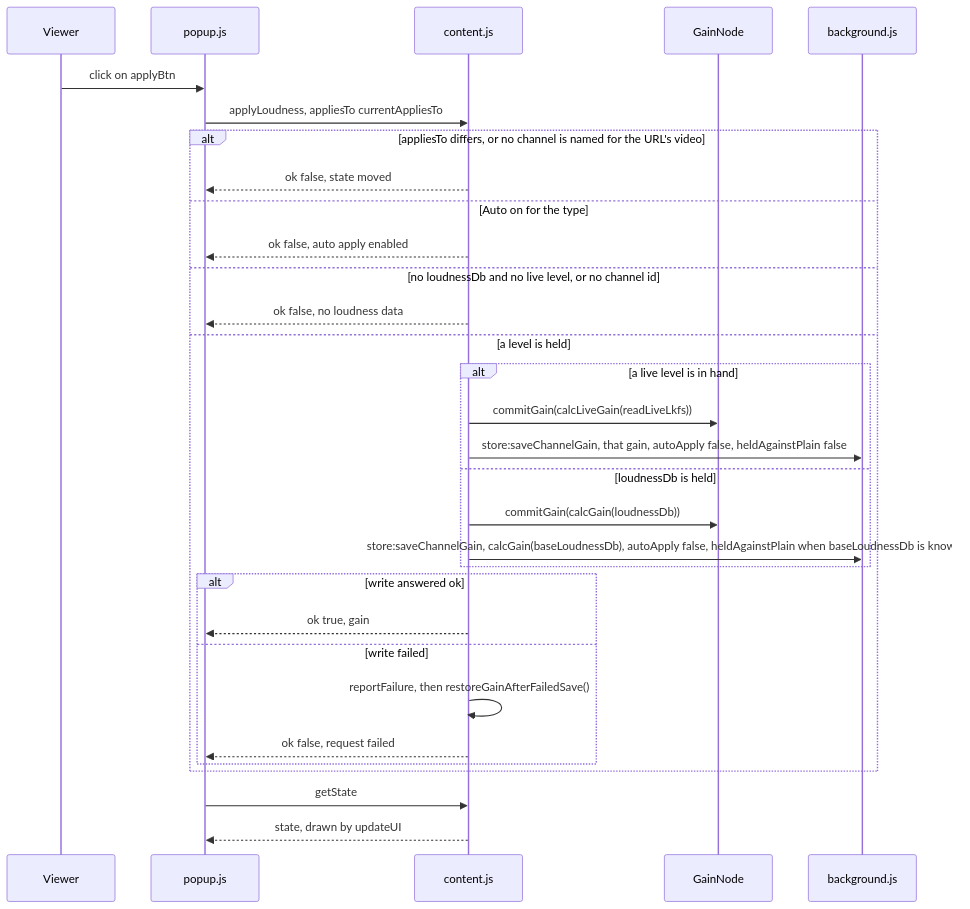
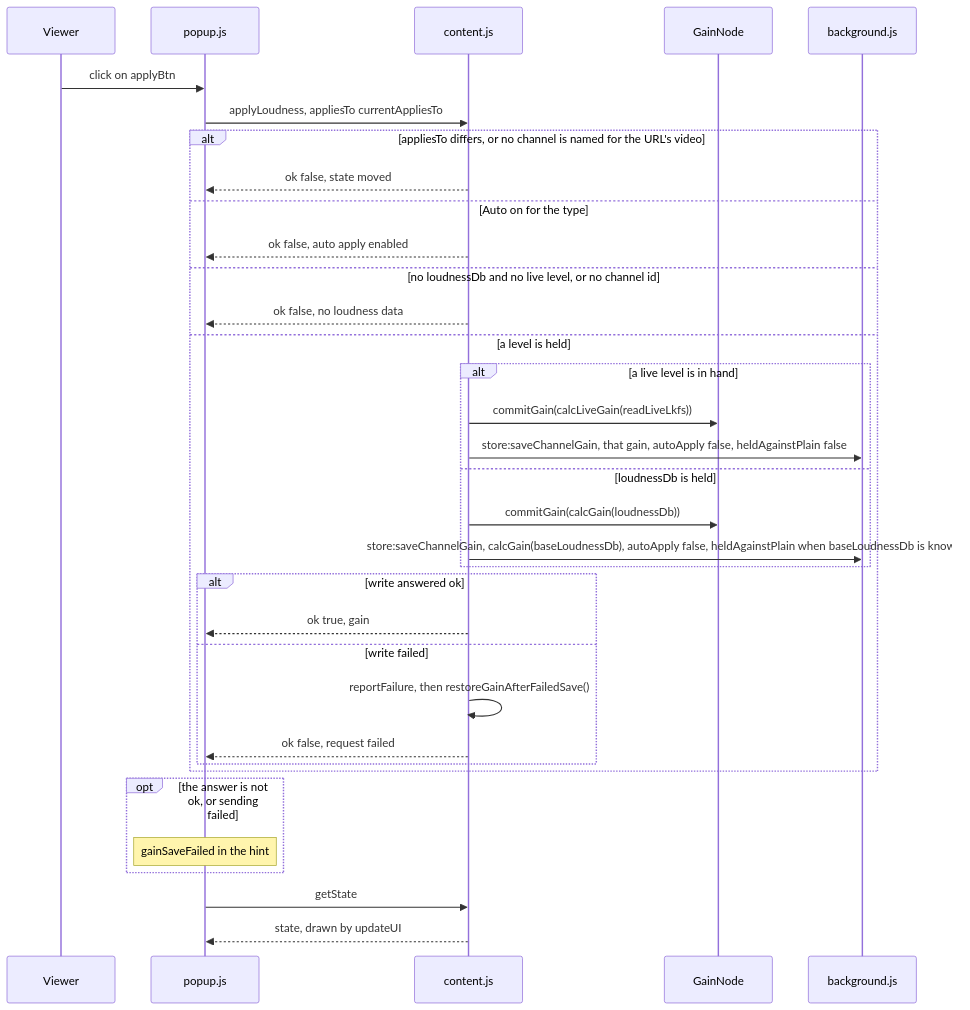
One commit to semnil/yt-channel-volume changed the fifth of 14 diagrams in docs/gain-change-and-save.md. Above: the diagram before and after it, drawn with Mermaid. The commit also changed other lines of this file and 10 other files, not shown here.

Commit message:
fix: say so in the popup when a gain is not saved, through core/common.js

````diff
--- a/docs/gain-change-and-save.md
+++ b/docs/gain-change-and-save.md
@@ -253,33 +255,36 @@
 ```mermaid
 sequenceDiagram
   participant V as Viewer
   participant P as popup.js
   participant C as content.js
   participant G as GainNode
   participant W as background.js
   V->>P: click on applyBtn
   P->>C: applyLoudness, appliesTo currentAppliesTo
   alt appliesTo differs, or no channel is named for the URL's video
     C-->>P: ok false, state moved
   else Auto on for the type
     C-->>P: ok false, auto apply enabled
   else no loudnessDb and no live level, or no channel id
     C-->>P: ok false, no loudness data
   else a level is held
     alt a live level is in hand
       C->>G: commitGain(calcLiveGain(readLiveLkfs))
       C->>W: store:saveChannelGain, that gain, autoApply false, heldAgainstPlain false
     else loudnessDb is held
       C->>G: commitGain(calcGain(loudnessDb))
       C->>W: store:saveChannelGain, calcGain(baseLoudnessDb), autoApply false, heldAgainstPlain when baseLoudnessDb is known
     end
     alt write answered ok
       C-->>P: ok true, gain
     else write failed
       C->>C: reportFailure, then restoreGainAfterFailedSave()
       C-->>P: ok false, request failed
     end
   end
+  opt the answer is not ok, or sending failed
+    Note over P: gainSaveFailed in the hint
+  end
   P->>C: getState
   C-->>P: state, drawn by updateUI
 ```
````
